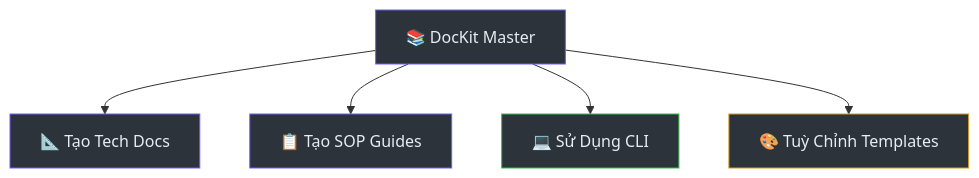
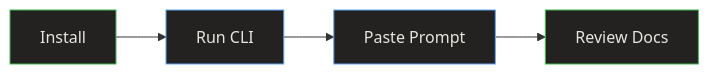
One commit to relukdev/doc-kit changed the diagram in astro-site/src/content/docs/sop/index.md. Above: the diagram before and after it, drawn with Mermaid. The commit also changed other lines of this file and 258 other files, not shown here.

````diff
--- a/astro-site/src/content/docs/sop/index.md
+++ b/astro-site/src/content/docs/sop/index.md
@@ -22,13 +27,11 @@
 ```mermaid
-graph TB
-    style CORE fill:#2d333b,stroke:#6d5dfc,color:#e6edf3
-    style TECH fill:#2d333b,stroke:#6d5dfc,color:#e6edf3
-    style SOP fill:#2d333b,stroke:#6d5dfc,color:#e6edf3
-    style CLI fill:#2d333b,stroke:#3fb950,color:#e6edf3
-    style TPL fill:#2d333b,stroke:#d29922,color:#e6edf3
+graph LR
+    style A fill:#232221,stroke:#3fb950,color:#E8E5DF
+    style B fill:#232221,stroke:#60A5FA,color:#E8E5DF
+    style C fill:#232221,stroke:#60A5FA,color:#E8E5DF
+    style D fill:#232221,stroke:#3fb950,color:#E8E5DF
 
-    CORE["📚 DocKit Master"] --> TECH["📐 Tạo Tech Docs"]
-    CORE --> SOP["📋 Tạo SOP Guides"]
-    CORE --> CLI["💻 Sử Dụng CLI"]
-    CORE --> TPL["🎨 Tuỳ Chỉnh Templates"]
+    A["Install"] --> B["Run CLI"]
+    B --> C["Paste Prompt"]
+    C --> D["Review Docs"]
 ```
````
